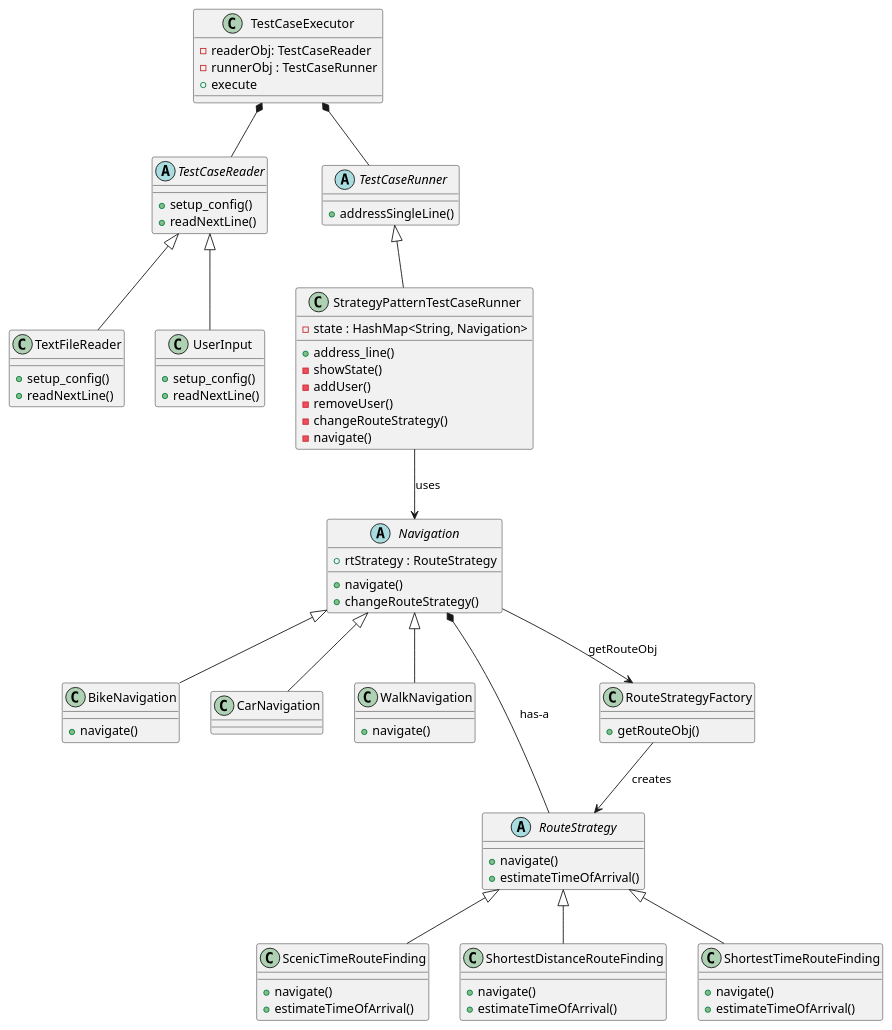
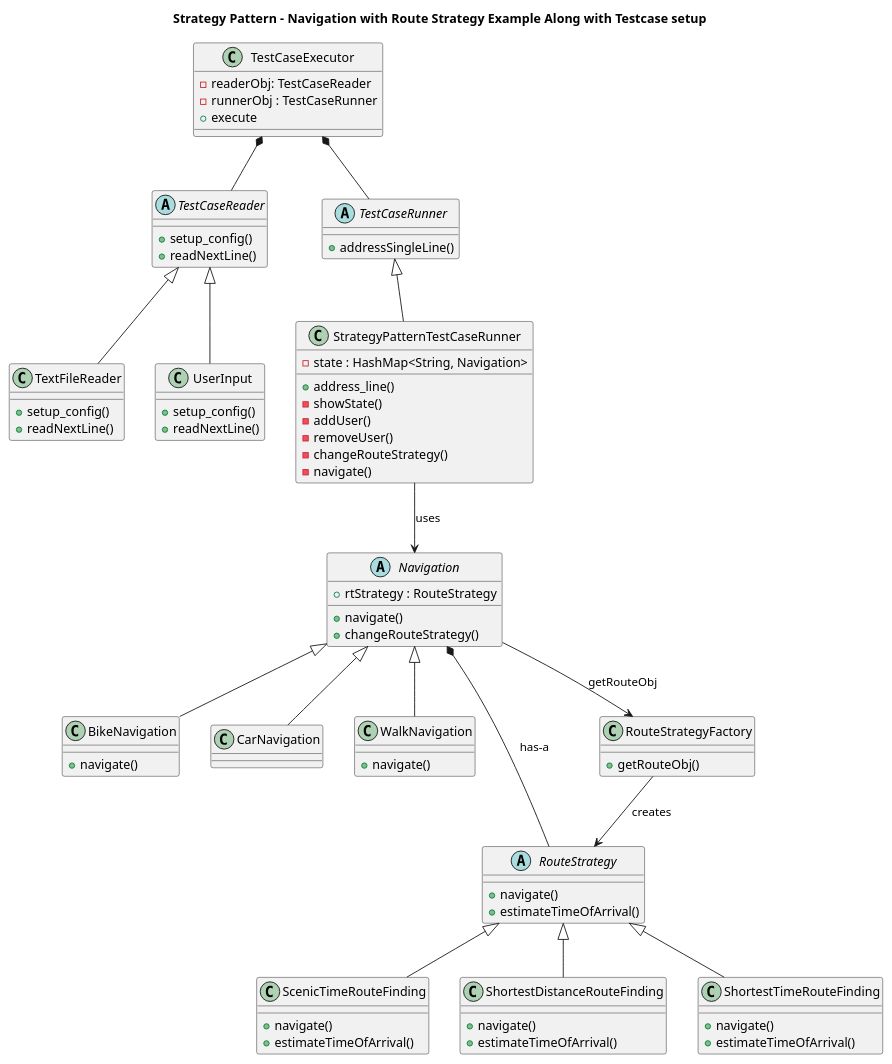
Before and after one commit to ashishjain0338/lld_pattern_theory: the diagram in strategy_pattern/design/design_with_testcase.puml, drawn with PlantUML. The commit also changed 1 other file, not shown here.

```diff
--- a/strategy_pattern/design/design_with_testcase.puml
+++ b/strategy_pattern/design/design_with_testcase.puml
@@ -1,94 +1,86 @@
 @startuml Navigation_With_Route_Strategy_And_Testcase
-
-/'
-class Dummy {
--field1
-#field2
-~method1()
-+method2()
-}'/
-
+title Strategy Pattern - Navigation with Route Strategy Example Along with Testcase setup
 class TestCaseExecutor{
     -readerObj: TestCaseReader
     -runnerObj : TestCaseRunner
     +execute
 }
 
 TestCaseExecutor *-- TestCaseReader
 TestCaseExecutor *-- TestCaseRunner
 abstract TestCaseReader{
     +setup_config()
     +readNextLine()
 }
 
 class TextFileReader extends TestCaseReader{
     +setup_config()
     +readNextLine()
 }
 
 class UserInput extends TestCaseReader{
     +setup_config()
     +readNextLine()
 }
 
 abstract class TestCaseRunner{
     +addressSingleLine()
 }
 
 class StrategyPatternTestCaseRunner extends TestCaseRunner{
     -state : HashMap<String, Navigation>
 
     +address_line()
     -showState()
     -addUser()
     -removeUser()
     -changeRouteStrategy()
     -navigate()
 }
 
 abstract class Navigation{
     +rtStrategy : RouteStrategy
     +navigate()
     +changeRouteStrategy()
 }
 
 class BikeNavigation extends Navigation{
     +navigate()
 }
 
 class CarNavigation extends Navigation{
 }
 
 class WalkNavigation extends Navigation{
     +navigate()
 }
 
 abstract class RouteStrategy{
     +navigate()
     +estimateTimeOfArrival()
 }
 
 class ScenicTimeRouteFinding extends RouteStrategy{
     +navigate()
     +estimateTimeOfArrival()
 }
 
 class ShortestDistanceRouteFinding extends RouteStrategy{
     +navigate()
     +estimateTimeOfArrival()
 }
 
 class ShortestTimeRouteFinding extends RouteStrategy{
     +navigate()
     +estimateTimeOfArrival()
 }
 
 class RouteStrategyFactory{
     +getRouteObj()
 }
 
 Navigation *-- RouteStrategy : has-a
 RouteStrategyFactory --> RouteStrategy : creates
 Navigation --> RouteStrategyFactory : getRouteObj
 StrategyPatternTestCaseRunner --> Navigation : uses
 @enduml
```
